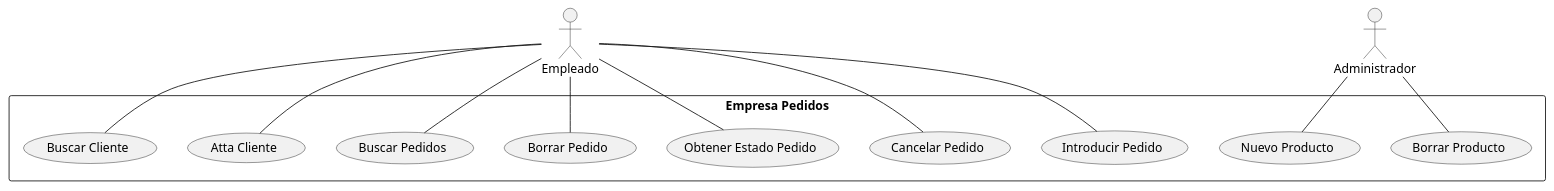
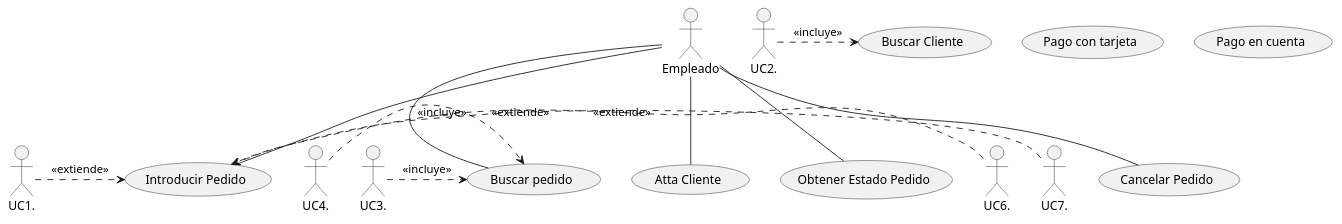
The diagram in Practica2UD12UML/src/Practica2.puml (JaimeSoftDev/Practica2UD12UML-Jaime-Macia-Mora), drawn with PlantUML before and after one commit.

Commit message:
Ultimo diagrama

```diff
--- a/Practica2UD12UML/src/Practica2.puml
+++ b/Practica2UD12UML/src/Practica2.puml
@@ -1,24 +1,22 @@
 @startuml
 :Empleado: as actor1
-rectangle "Empresa Pedidos"{
-usecase "Introducir Pedido" as UC1
-usecase "Cancelar Pedido" as UC2
+usecase "Atta Cliente" as UC1
+usecase "Introducir Pedido" as UC2
 usecase "Obtener Estado Pedido" as UC3
-usecase "Borrar Pedido" as UC4
-usecase "Buscar Pedidos" as UC5
-usecase "Atta Cliente" as UC6
-usecase "Buscar Cliente" as UC7
-usecase "Nuevo Producto" as UC8
-usecase "Borrar Producto" as UC9
-}
-:Administrador: as actor2
-actor1--UC1
-actor1--UC2
-actor1--UC3
-actor1--UC4
-actor1--UC5
-actor1--UC6
-actor1--UC7
-actor2--UC8
-actor2--UC9
+usecase "Cancelar Pedido" as UC4
+usecase "Buscar Cliente" as UC5
+usecase "Pago con tarjeta" as UC6
+usecase "Pago en cuenta" as UC7
+usecase "Buscar pedido" as UC8
+actor1 --UC1
+actor1 --UC2
+actor1 --UC3
+actor1 --UC4
+actor1--UC8
+UC1..>UC2:<<extiende>>
+UC2..>UC5:<<incluye>>
+UC6..>UC2:<<extiende>>
+UC7..>UC2:<<extiende>>
+UC3..>UC8:<<incluye>>
+UC4..>UC8:<<incluye>>
 @enduml
```
